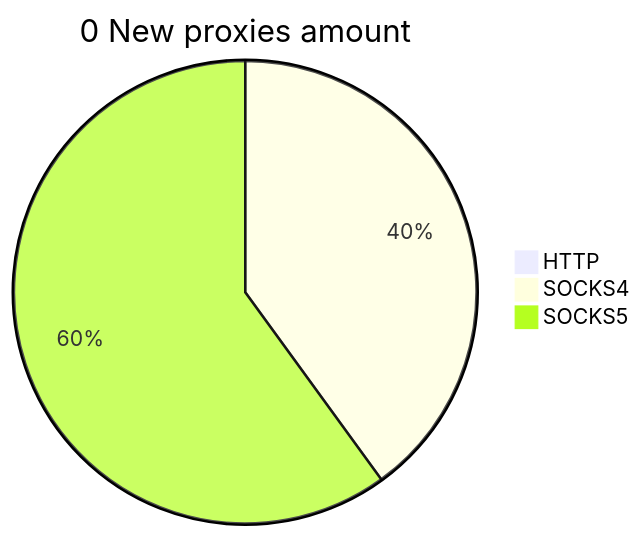
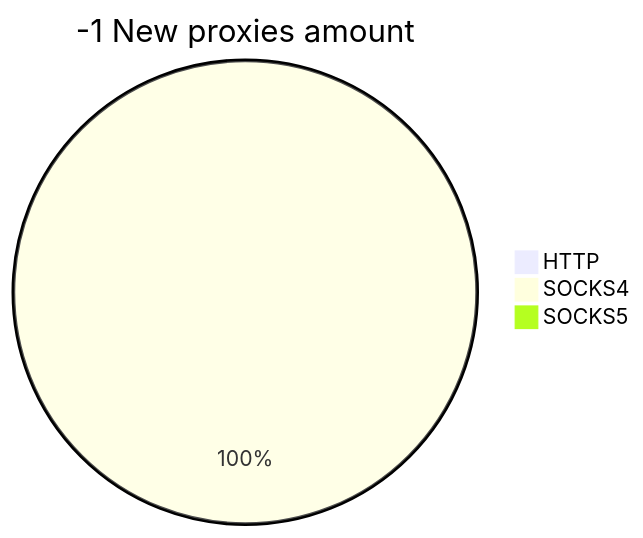
Before and after one commit to cutipu/proxylist: the second of 2 diagrams in README.md, drawn with Mermaid. The commit also changed other lines of this file, not shown here.

````diff
--- a/README.md
+++ b/README.md
@@ -10,6 +10,6 @@
 ```mermaid
-pie title 0 New proxies amount
+pie title -1 New proxies amount
     "HTTP" : 0
     "SOCKS4" : 2
-    "SOCKS5" : 3
+    "SOCKS5" : 0
 ```
````
